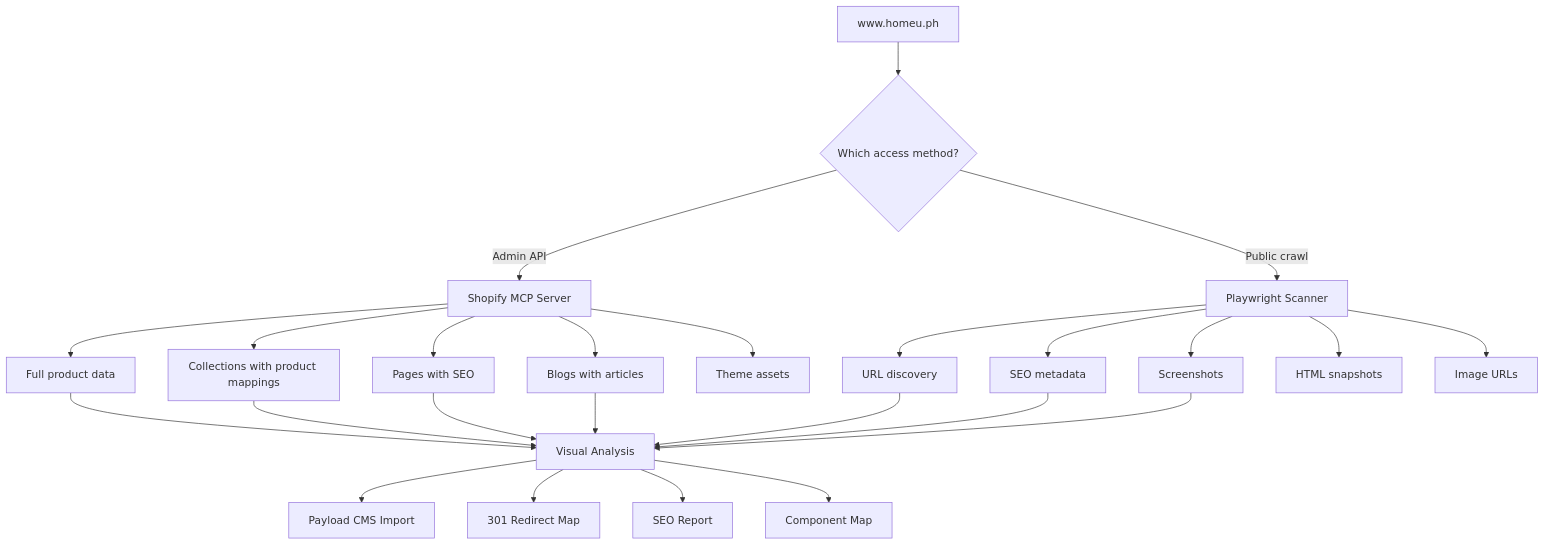
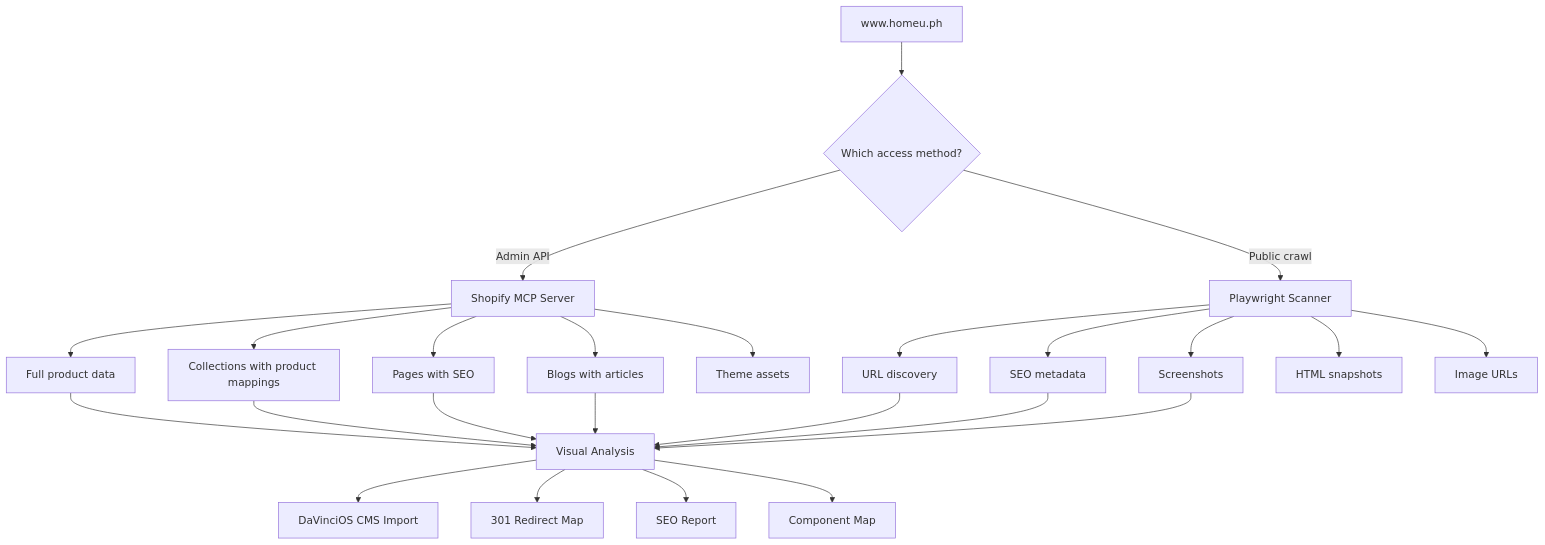
Before and after one commit to jpgyap-sudo/homeu-commerce: the fourth of 9 diagrams in docs/WORKFLOW_DIAGRAM.md, drawn with Mermaid. The commit also changed other lines of this file and 120 other files, not shown here.

````diff
--- a/docs/WORKFLOW_DIAGRAM.md
+++ b/docs/WORKFLOW_DIAGRAM.md
@@ -85,27 +85,27 @@
 ```mermaid
 flowchart TD
     A[www.homeu.ph] --> B{Which access method?}
     B -- Admin API --> C[Shopify MCP Server]
     B -- Public crawl --> D[Playwright Scanner]
     C --> E[Full product data]
     C --> F[Collections with product mappings]
     C --> G[Pages with SEO]
     C --> H[Blogs with articles]
     C --> I[Theme assets]
     D --> J[URL discovery]
     D --> K[SEO metadata]
     D --> L[Screenshots]
     D --> M[HTML snapshots]
     D --> N[Image URLs]
     E --> O[Migration Central Brain]
     F --> O
     G --> O
     H --> O
     J --> O
     K --> O
     L --> O[Visual Analysis]
-    O --> P[Payload CMS Import]
+    O --> P[DaVinciOS CMS Import]
     O --> Q[301 Redirect Map]
     O --> R[SEO Report]
     O --> S[Component Map]
 ```
````
